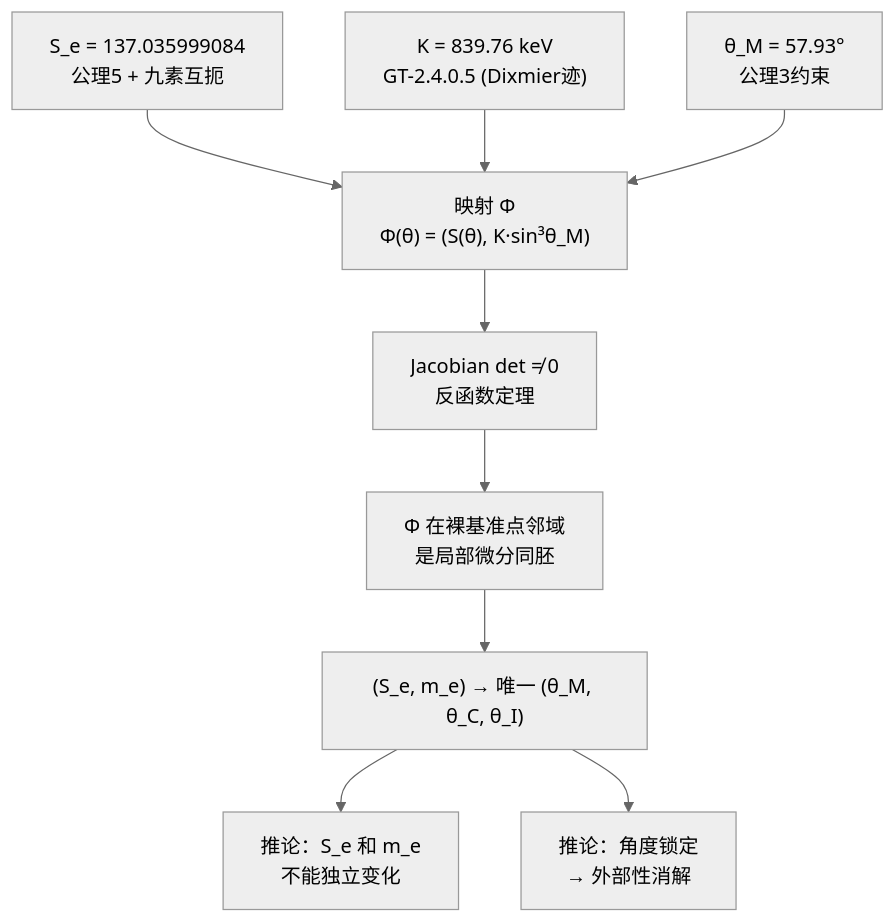
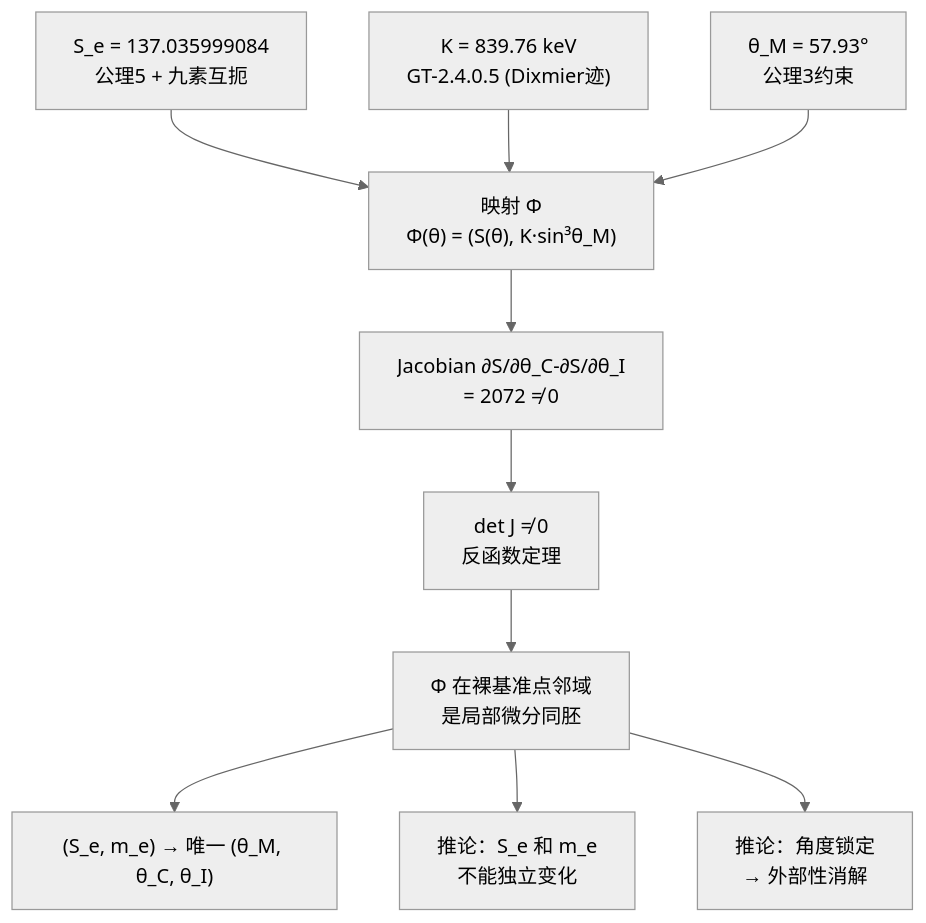
One commit to sdoygb/geometry-ai-server changed the diagram in app/articles/GT-Vault/Vol-2_量纲桥/2.5_谱互锁定理.md. Above: the diagram before and after it, drawn with Mermaid (neutral theme). The commit also changed other lines of this file, not shown here.

````diff
--- a/app/articles/GT-Vault/Vol-2_量纲桥/2.5_谱互锁定理.md
+++ b/app/articles/GT-Vault/Vol-2_量纲桥/2.5_谱互锁定理.md
@@ -126,11 +189,12 @@
 ```mermaid
 flowchart TD
     A["S_e = 137.035999084<br/>公理5 + 九素互扼"] --> D["映射 Φ<br/>Φ(θ) = (S(θ), K·sin³θ_M)"]
     B["K = 839.76 keV<br/>GT-2.4.0.5 (Dixmier迹)"] --> D
     C["θ_M = 57.93°<br/>公理3约束"] --> D
-    D --> E["Jacobian det ≠ 0<br/>反函数定理"]
-    E --> F["Φ 在裸基准点邻域<br/>是局部微分同胚"]
-    F --> G["(S_e, m_e) → 唯一 (θ_M, θ_C, θ_I)"]
-    G --> H["推论：S_e 和 m_e<br/>不能独立变化"]
-    G --> I["推论：角度锁定<br/>→ 外部性消解"]
+    D --> E["Jacobian ∂S/∂θ_C-∂S/∂θ_I<br/>= 2072 ≠ 0"]
+    E --> F["det J ≠ 0<br/>反函数定理"]
+    F --> G["Φ 在裸基准点邻域<br/>是局部微分同胚"]
+    G --> H["(S_e, m_e) → 唯一 (θ_M, θ_C, θ_I)"]
+    G --> I["推论：S_e 和 m_e<br/>不能独立变化"]
+    G --> J["推论：角度锁定<br/>→ 外部性消解"]
 ```
````
